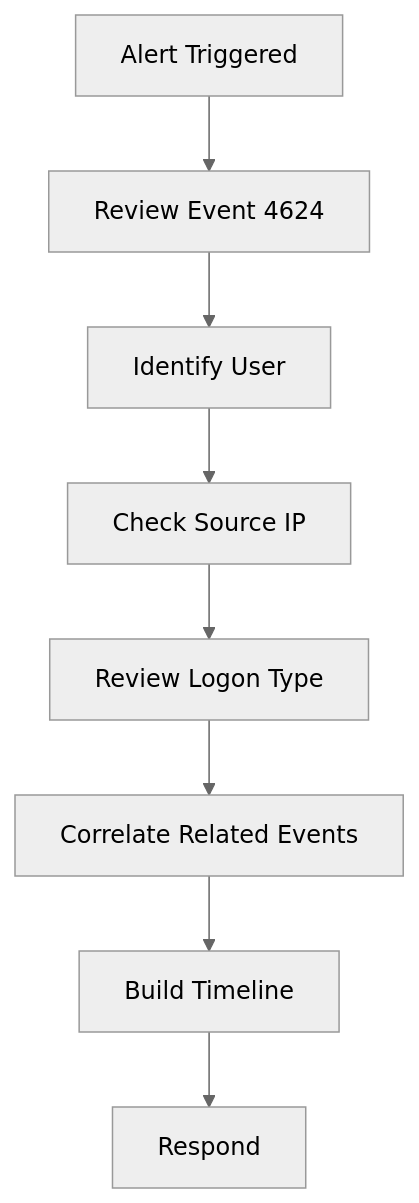
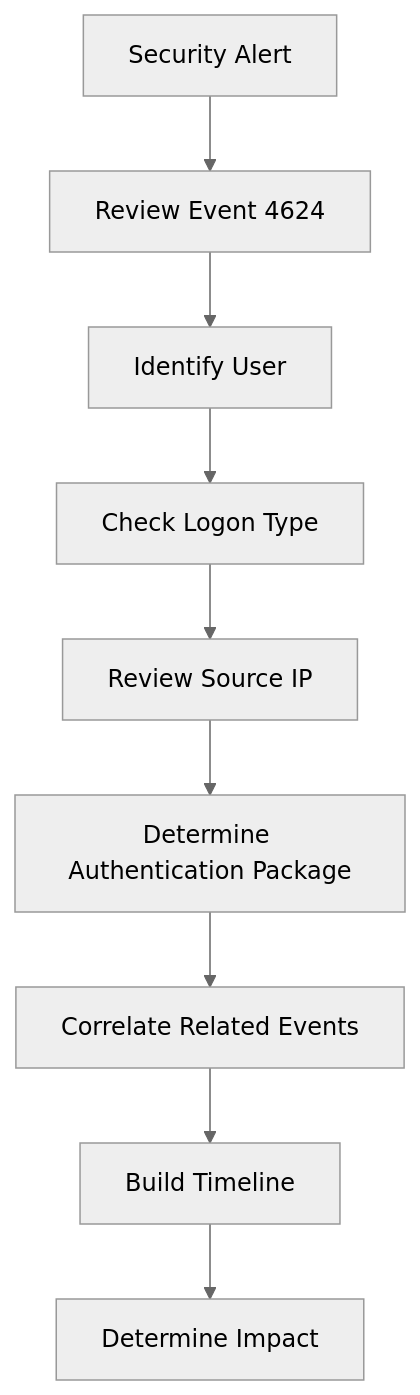
The fifth of 6 diagrams in docs/authentication/4624-successful-logon.md (sadbattery/Windows-Event-IDs-Cheatsheet), drawn with Mermaid (neutral theme) before and after one commit. The commit also changed other lines of this file, not shown here.

````diff
--- a/docs/authentication/4624-successful-logon.md
+++ b/docs/authentication/4624-successful-logon.md
@@ -276,13 +343,12 @@
 ```mermaid
 flowchart TD
-    A[Alert Triggered]
-    B[Review Event 4624]
-    C[Identify User]
-    D[Check Source IP]
-    E[Review Logon Type]
-    F[Correlate Related Events]
-    G[Build Timeline]
-    H[Respond]
-
-    A --> B --> C --> D --> E --> F --> G --> H
+    A[Security Alert]
+    --> B[Review Event 4624]
+    --> C[Identify User]
+    --> D[Check Logon Type]
+    --> E[Review Source IP]
+    --> F[Determine Authentication Package]
+    --> G[Correlate Related Events]
+    --> H[Build Timeline]
+    --> I[Determine Impact]
 ```
````
